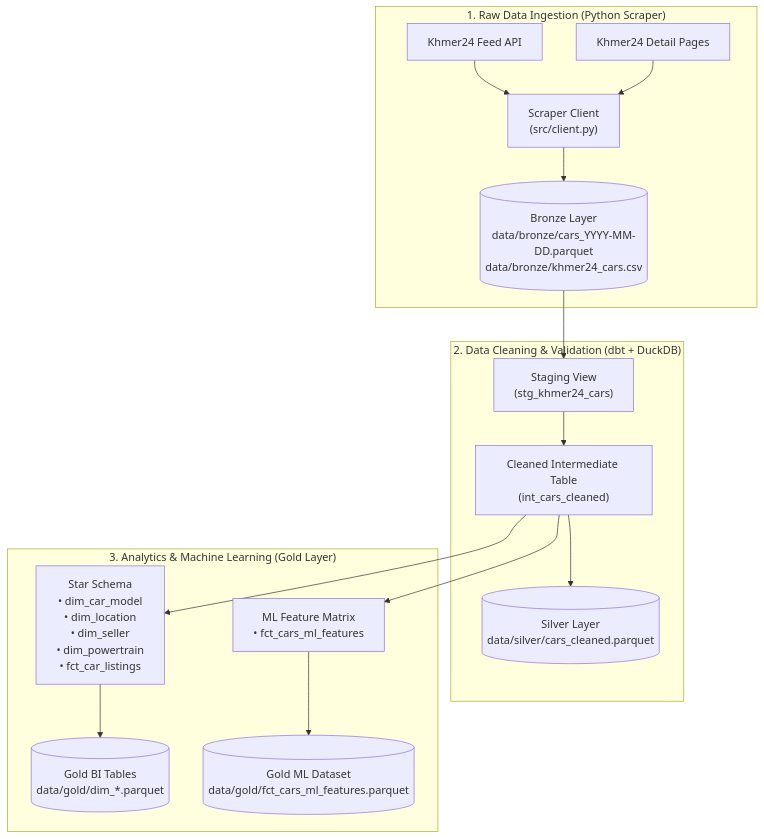
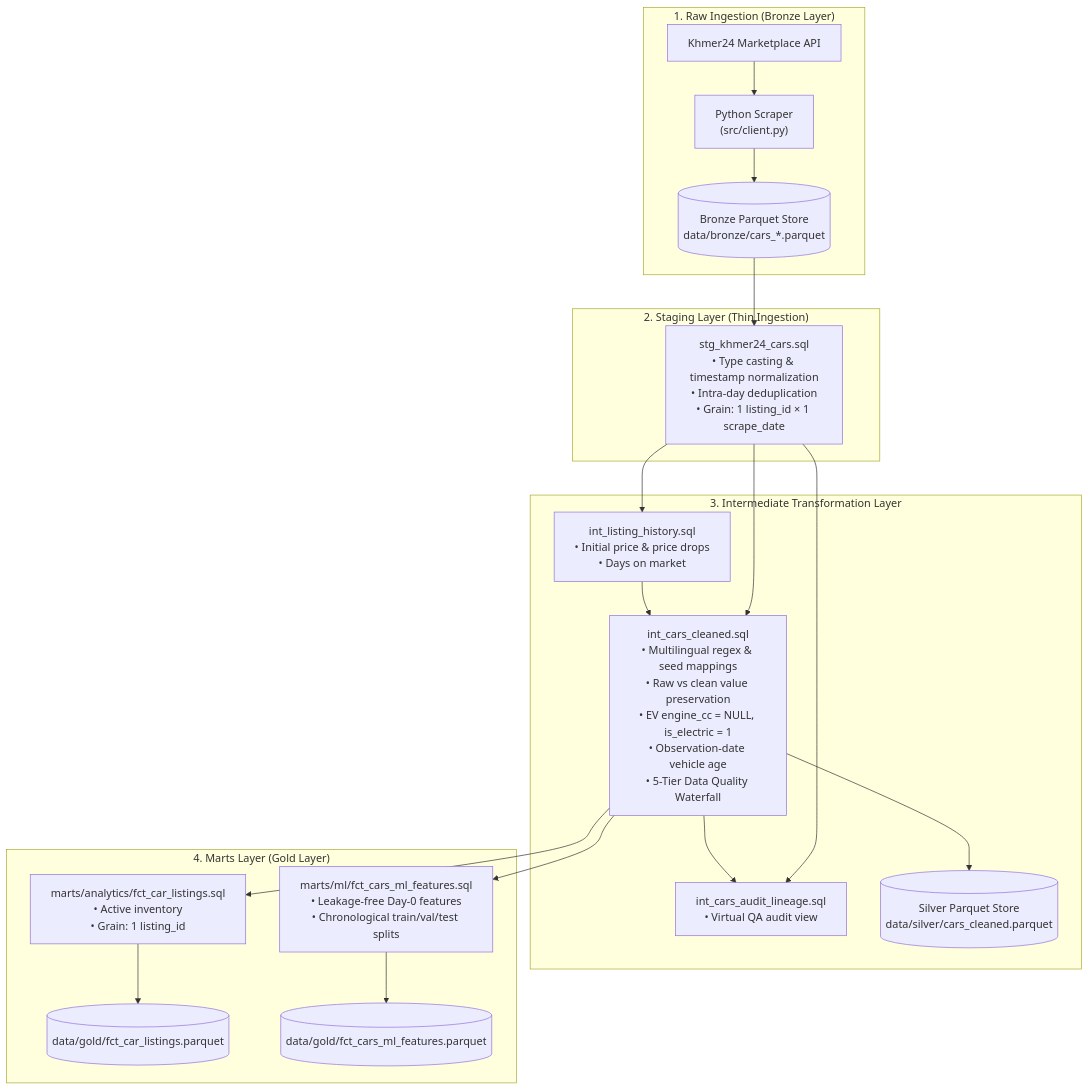
Before and after one commit to PHALMenghak/car-price-prediction: the diagram in README.md, drawn with Mermaid. The commit also changed other lines of this file and 110 other files, not shown here.

Commit message:
refactor: restructure dbt marts, overhaul dashboard architecture, and sync bronze data

````diff
--- a/README.md
+++ b/README.md
@@ -60,21 +61,27 @@
 ```mermaid
 flowchart TD
-    subgraph S1["1. Raw Data Ingestion (Python Scraper)"]
-        A["Khmer24 Feed API"] --> C["Scraper Client\n(src/client.py)"]
-        B["Khmer24 Detail Pages"] --> C
-        C --> D[("Bronze Layer\ndata/bronze/cars_YYYY-MM-DD.parquet\ndata/bronze/khmer24_cars.csv")]
+    subgraph S1["1. Raw Ingestion (Bronze Layer)"]
+        A["Khmer24 Marketplace API"] --> B["Python Scraper\n(src/client.py)"]
+        B --> C[("Bronze Parquet Store\ndata/bronze/cars_*.parquet")]
     end
 
-    subgraph S2["2. Data Cleaning & Validation (dbt + DuckDB)"]
-        D --> E["Staging View\n(stg_khmer24_cars)"]
-        E --> F["Cleaned Intermediate Table\n(int_cars_cleaned)"]
-        F --> G[("Silver Layer\ndata/silver/cars_cleaned.parquet")]
+    subgraph S2["2. Staging Layer (Thin Ingestion)"]
+        C --> D["stg_khmer24_cars.sql\n• Type casting & timestamp normalization\n• Intra-day deduplication\n• Grain: 1 listing_id × 1 scrape_date"]
     end
 
-    subgraph S3["3. Analytics & Machine Learning (Gold Layer)"]
-        F --> H["Star Schema\n• dim_car_model\n• dim_location\n• dim_seller\n• dim_powertrain\n• fct_car_listings"]
-        F --> I["ML Feature Matrix\n• fct_cars_ml_features"]
-        H --> J[("Gold BI Tables\ndata/gold/dim_*.parquet")]
-        I --> K[("Gold ML Dataset\ndata/gold/fct_cars_ml_features.parquet")]
+    subgraph S3["3. Intermediate Transformation Layer"]
+        D --> E["int_listing_history.sql\n• Initial price & price drops\n• Days on market"]
+        D --> F["int_cars_cleaned.sql\n• Multilingual regex & seed mappings\n• Raw vs clean value preservation\n• EV engine_cc = NULL, is_electric = 1\n• Observation-date vehicle age\n• 5-Tier Data Quality Waterfall"]
+        E --> F
+        D --> G["int_cars_audit_lineage.sql\n• Virtual QA audit view"]
+        F --> G
+        F --> H[("Silver Parquet Store\ndata/silver/cars_cleaned.parquet")]
+    end
+
+    subgraph S4["4. Marts Layer (Gold Layer)"]
+        F --> J["marts/analytics/fct_car_listings.sql\n• Active inventory\n• Grain: 1 listing_id"]
+        F --> K["marts/ml/fct_cars_ml_features.sql\n• Leakage-free Day-0 features\n• Chronological train/val/test splits"]
+        J --> L[("data/gold/fct_car_listings.parquet")]
+        K --> M[("data/gold/fct_cars_ml_features.parquet")]
     end
 ```
````
